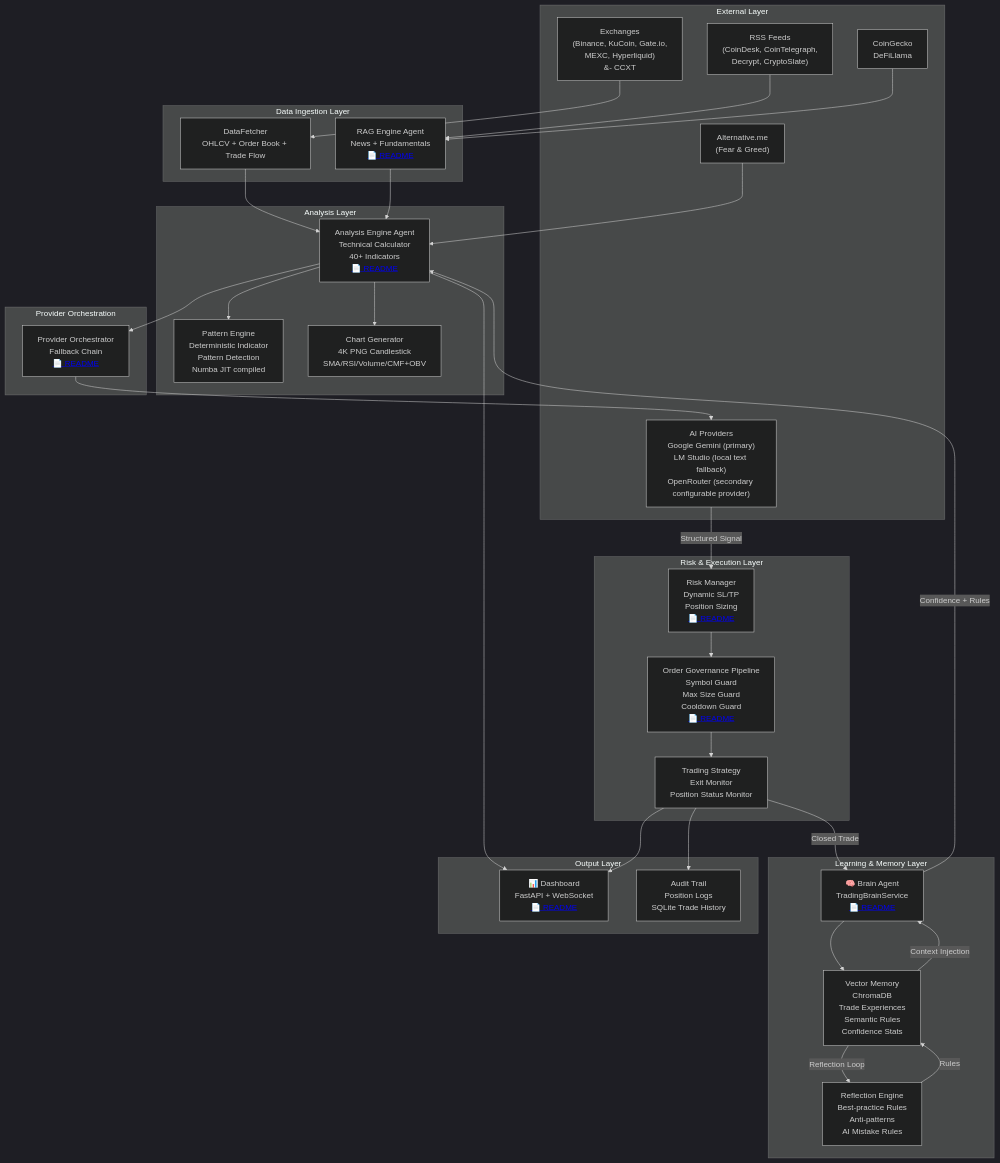
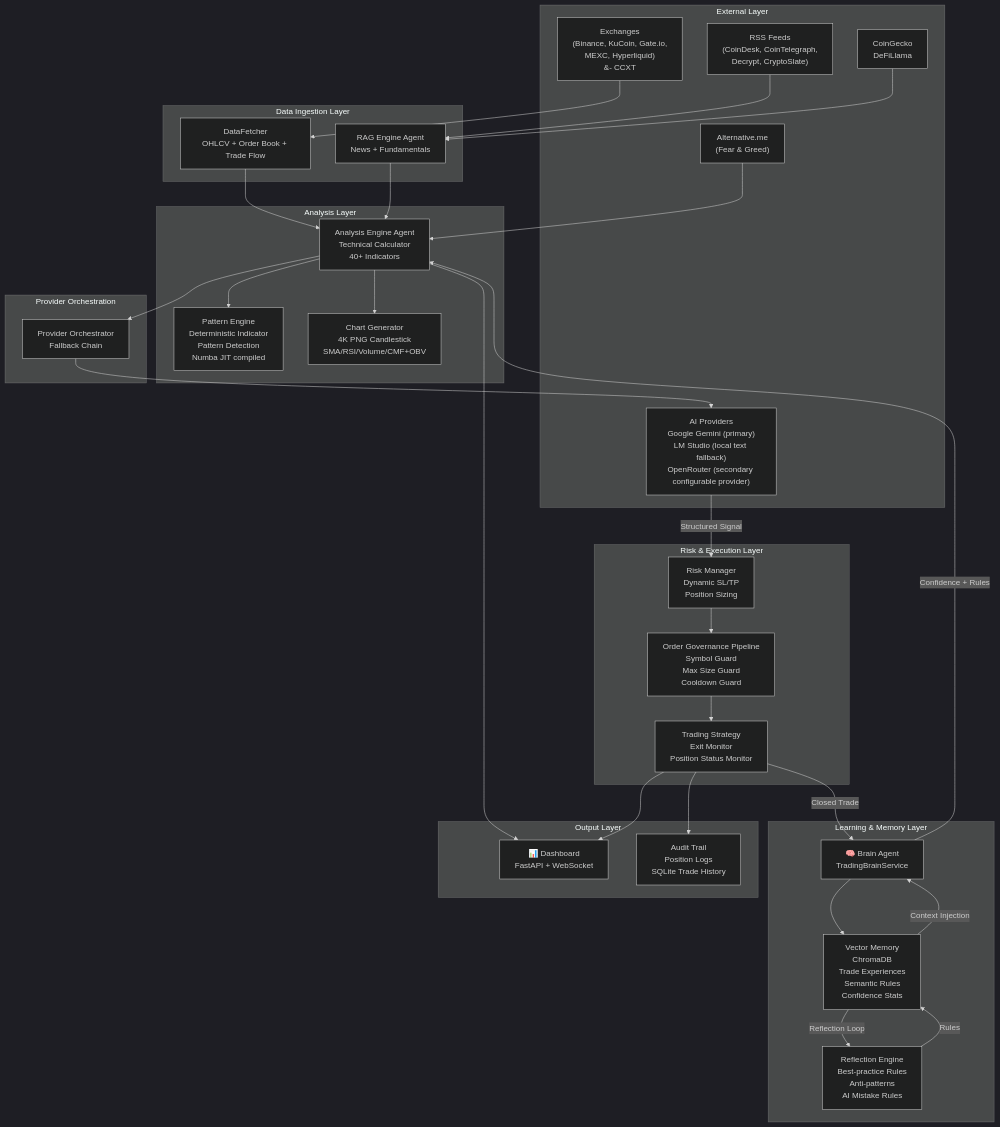
Before and after one commit to qrak/LLM_trader: the diagram in AGENTS.md, drawn with Mermaid (dark theme). The commit also changed other lines of this file and 25 other files, not shown here.

Commit message:
feat: implement modular project structure with specialized AI agent documentation and core trading logic services

````diff
--- a/AGENTS.md
+++ b/AGENTS.md
@@ -25,70 +24,70 @@
 ```mermaid
 flowchart TB
     subgraph External["External Layer"]
         EX["Exchanges<br/>(Binance, KuCoin, Gate.io,<br/>MEXC, Hyperliquid)<br/>&#8209; CCXT"]
         CG["CoinGecko<br/>DeFiLlama"]
         ALT["Alternative.me<br/>(Fear & Greed)"]
         RSS["RSS Feeds<br/>(CoinDesk, CoinTelegraph,<br/>Decrypt, CryptoSlate)"]
         AI_PROV["AI Providers<br/>Google Gemini (primary)<br/>LM Studio (local text fallback)<br/>OpenRouter (secondary configurable provider)"]
     end
 
     subgraph DataIngestion["Data Ingestion Layer"]
         DF["DataFetcher<br/>OHLCV + Order Book + Trade Flow"]
-        RAG["RAG Engine Agent<br/>News + Fundamentals<br/><a href='./src/rag/AGENTS.md'>📄 README</a>"]
+        RAG["RAG Engine Agent<br/>News + Fundamentals"]
     end
 
     subgraph AnalysisLayer["Analysis Layer"]
-        TA["Analysis Engine Agent<br/>Technical Calculator<br/>40+ Indicators<br/><a href='./src/analyzer/AGENTS.md'>📄 README</a>"]
+        TA["Analysis Engine Agent<br/>Technical Calculator<br/>40+ Indicators"]
         PE["Pattern Engine<br/>Deterministic Indicator<br/>Pattern Detection<br/>Numba JIT compiled"]
         CGEN["Chart Generator<br/>4K PNG Candlestick<br/>SMA/RSI/Volume/CMF+OBV"]
     end
 
     subgraph BrainLayer["Learning & Memory Layer"]
-        BRAIN["🧠 Brain Agent<br/>TradingBrainService<br/><a href='./src/trading/AGENTS.md'>📄 README</a>"]
+        BRAIN["🧠 Brain Agent<br/>TradingBrainService"]
         VM["Vector Memory<br/>ChromaDB<br/>Trade Experiences<br/>Semantic Rules<br/>Confidence Stats"]
         REFL["Reflection Engine<br/>Best‑practice Rules<br/>Anti‑patterns<br/>AI Mistake Rules"]
     end
 
     subgraph RiskLayer["Risk & Execution Layer"]
-        RP["Risk Manager<br/>Dynamic SL/TP<br/>Position Sizing<br/><a href='./src/managers/AGENTS.md'>📄 README</a>"]
-        GP["Order Governance Pipeline<br/>Symbol Guard<br/>Max Size Guard<br/>Cooldown Guard<br/><a href='./src/trading/guards/AGENTS.md'>📄 README</a>"]
+        RP["Risk Manager<br/>Dynamic SL/TP<br/>Position Sizing"]
+        GP["Order Governance Pipeline<br/>Symbol Guard<br/>Max Size Guard<br/>Cooldown Guard"]
         STRAT["Trading Strategy<br/>Exit Monitor<br/>Position Status Monitor"]
     end
 
     subgraph Output["Output Layer"]
-        DASH["📊 Dashboard<br/>FastAPI + WebSocket<br/><a href='./src/dashboard/AGENTS.md'>📄 README</a>"]
+        DASH["📊 Dashboard<br/>FastAPI + WebSocket"]
         LOGS["Audit Trail<br/>Position Logs<br/>SQLite Trade History"]
     end
 
     subgraph Providers["Provider Orchestration"]
-        PO["Provider Orchestrator<br/>Fallback Chain<br/><a href='./src/managers/AGENTS.md'>📄 README</a>"]
+        PO["Provider Orchestrator<br/>Fallback Chain"]
     end
 
     %% Data Flow
     EX --> DF
     RSS --> RAG
     CG --> RAG
     ALT --> TA
     DF --> TA
     TA --> PE
     TA --> CGEN
     
     RAG --> TA
     TA --> PO
     PO --> AI_PROV
     
     AI_PROV -->|"Structured Signal"| RP
     RP --> GP
     GP --> STRAT
     
     STRAT -->|"Closed Trade"| BRAIN
     BRAIN --> VM
     VM -->|"Reflection Loop"| REFL
     REFL -->|"Rules"| VM
     VM -->|"Context Injection"| BRAIN
     BRAIN -->|"Confidence + Rules"| TA
     
     TA --> DASH
     STRAT --> DASH
     STRAT --> LOGS
 ```
````
